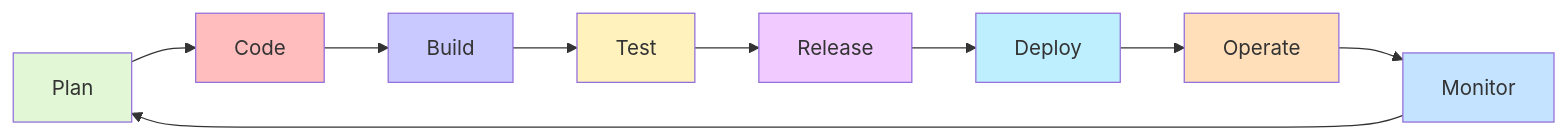
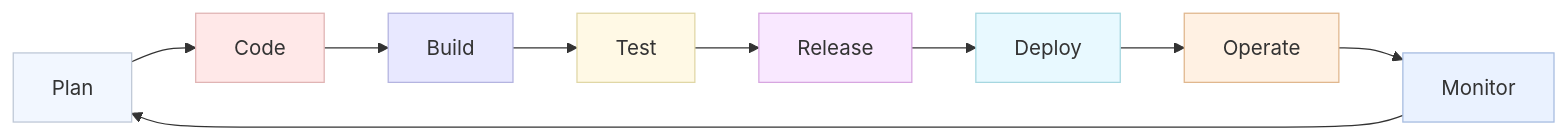
Before and after one commit to adityasingh-ops/DevOps: the second of 6 diagrams in lectures/02_devops_introduction.md, drawn with Mermaid.

Commit message:
changed the color of mermaid structure

````diff
--- a/lectures/02_devops_introduction.md
+++ b/lectures/02_devops_introduction.md
@@ -41,20 +41,21 @@
 ```mermaid
 graph LR
     P[Plan] --> C[Code]
     C --> B[Build]
     B --> T[Test]
     T --> R[Release]
     R --> D[Deploy]
     D --> O[Operate]
     O --> M[Monitor]
     M --> P
 
-    style P fill:#e1f7d5
-    style C fill:#ffbdbd
-    style B fill:#c9c9ff
-    style T fill:#fff2bd
-    style R fill:#f1cbff
-    style D fill:#bdefff
-    style O fill:#ffdfba
-    style M fill:#c4e3ff
+   style P fill:#F2F7FF,stroke:#BFC8D7,color:#333333
+   style C fill:#FFE8E8,stroke:#E0B4B4,color:#333333
+   style B fill:#E8E8FF,stroke:#B4B4E0,color:#333333
+   style T fill:#FFF9E5,stroke:#E0D7A6,color:#333333
+   style R fill:#F9E8FF,stroke:#D7A6E0,color:#333333
+   style D fill:#E8F9FF,stroke:#A6D7E0,color:#333333
+   style O fill:#FFF1E3,stroke:#E0B78E,color:#333333
+   style M fill:#EAF2FF,stroke:#A6BCE0,color:#333333
+
 ```
````
